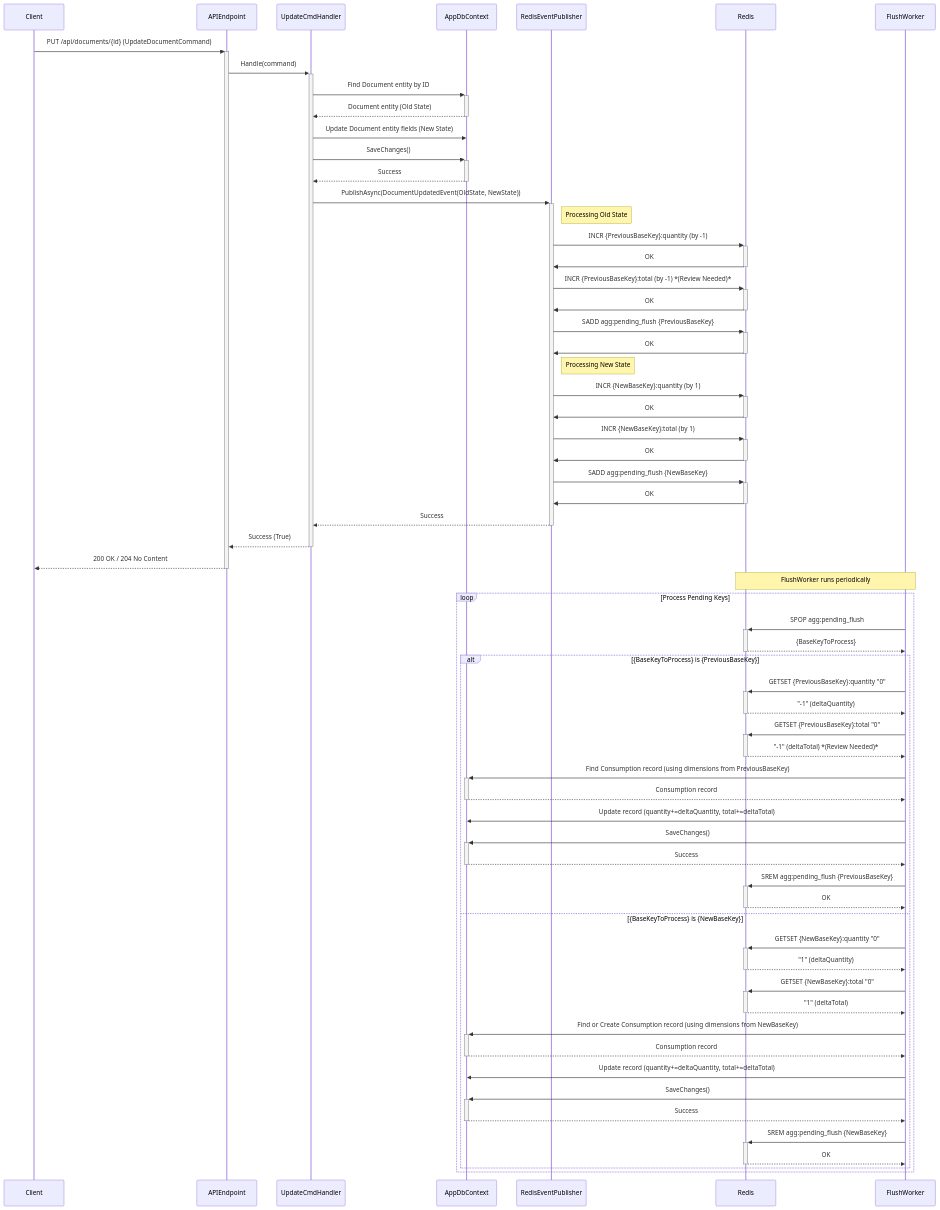
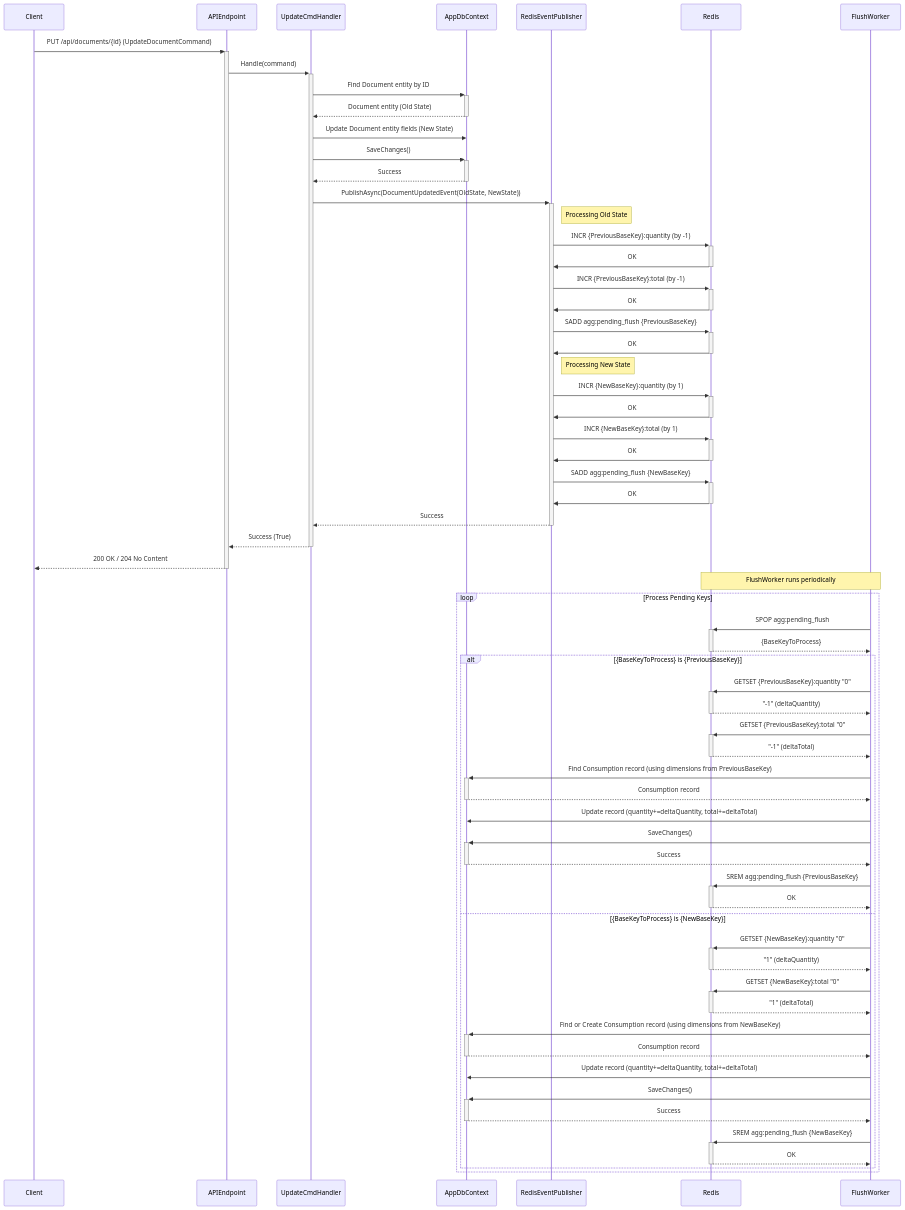
One commit to hackathon-nstech/database-nsdocs-consumption-module changed the diagram in docs/architecture/sequence-diagrams/update-flow.md. Above: the diagram before and after it, drawn with Mermaid. The commit also changed other lines of this file and 6 other files, not shown here.

````diff
--- a/docs/architecture/sequence-diagrams/update-flow.md
+++ b/docs/architecture/sequence-diagrams/update-flow.md
@@ -5,72 +5,72 @@
 ```mermaid
 sequenceDiagram
     participant Client
     participant APIEndpoint
     participant UpdateCmdHandler
     participant AppDbContext
     participant RedisEventPublisher
     participant Redis
     participant FlushWorker
 
     Client->>+APIEndpoint: PUT /api/documents/{id} (UpdateDocumentCommand)
     APIEndpoint->>+UpdateCmdHandler: Handle(command)
     UpdateCmdHandler->>+AppDbContext: Find Document entity by ID
     AppDbContext-->>-UpdateCmdHandler: Document entity (Old State)
     UpdateCmdHandler->>AppDbContext: Update Document entity fields (New State)
     UpdateCmdHandler->>+AppDbContext: SaveChanges()
     AppDbContext-->>-UpdateCmdHandler: Success
     UpdateCmdHandler->>+RedisEventPublisher: PublishAsync(DocumentUpdatedEvent(OldState, NewState))
 
     Note right of RedisEventPublisher: Processing Old State
     RedisEventPublisher->>+Redis: INCR {PreviousBaseKey}:quantity (by -1)
     Redis->>-RedisEventPublisher: OK
-    RedisEventPublisher->>+Redis: INCR {PreviousBaseKey}:total (by -1) *(Review Needed)*
+    RedisEventPublisher->>+Redis: INCR {PreviousBaseKey}:total (by -1)
     Redis->>-RedisEventPublisher: OK
     RedisEventPublisher->>+Redis: SADD agg:pending_flush {PreviousBaseKey}
     Redis->>-RedisEventPublisher: OK
 
     Note right of RedisEventPublisher: Processing New State
     RedisEventPublisher->>+Redis: INCR {NewBaseKey}:quantity (by 1)
     Redis->>-RedisEventPublisher: OK
     RedisEventPublisher->>+Redis: INCR {NewBaseKey}:total (by 1)
     Redis->>-RedisEventPublisher: OK
     RedisEventPublisher->>+Redis: SADD agg:pending_flush {NewBaseKey}
     Redis->>-RedisEventPublisher: OK
 
     RedisEventPublisher-->>-UpdateCmdHandler: Success
     UpdateCmdHandler-->>-APIEndpoint: Success (True)
     APIEndpoint-->>-Client: 200 OK / 204 No Content
 
     Note over FlushWorker, Redis: FlushWorker runs periodically
 
     loop Process Pending Keys
         FlushWorker->>+Redis: SPOP agg:pending_flush
         Redis-->>-FlushWorker: {BaseKeyToProcess}
         alt {BaseKeyToProcess} is {PreviousBaseKey}
             FlushWorker->>+Redis: GETSET {PreviousBaseKey}:quantity "0"
             Redis-->>-FlushWorker: "-1" (deltaQuantity)
             FlushWorker->>+Redis: GETSET {PreviousBaseKey}:total "0"
-            Redis-->>-FlushWorker: "-1" (deltaTotal) *(Review Needed)*
+            Redis-->>-FlushWorker: "-1" (deltaTotal)
             FlushWorker->>+AppDbContext: Find Consumption record (using dimensions from PreviousBaseKey)
             AppDbContext-->>-FlushWorker: Consumption record
             FlushWorker->>AppDbContext: Update record (quantity+=deltaQuantity, total+=deltaTotal)
             FlushWorker->>+AppDbContext: SaveChanges()
             AppDbContext-->>-FlushWorker: Success
             FlushWorker->>+Redis: SREM agg:pending_flush {PreviousBaseKey}
             Redis-->>-FlushWorker: OK
         else {BaseKeyToProcess} is {NewBaseKey}
             FlushWorker->>+Redis: GETSET {NewBaseKey}:quantity "0"
             Redis-->>-FlushWorker: "1" (deltaQuantity)
             FlushWorker->>+Redis: GETSET {NewBaseKey}:total "0"
             Redis-->>-FlushWorker: "1" (deltaTotal)
             FlushWorker->>+AppDbContext: Find or Create Consumption record (using dimensions from NewBaseKey)
             AppDbContext-->>-FlushWorker: Consumption record
             FlushWorker->>AppDbContext: Update record (quantity+=deltaQuantity, total+=deltaTotal)
             FlushWorker->>+AppDbContext: SaveChanges()
             AppDbContext-->>-FlushWorker: Success
             FlushWorker->>+Redis: SREM agg:pending_flush {NewBaseKey}
             Redis-->>-FlushWorker: OK
         end
     end
 
 ```
````
